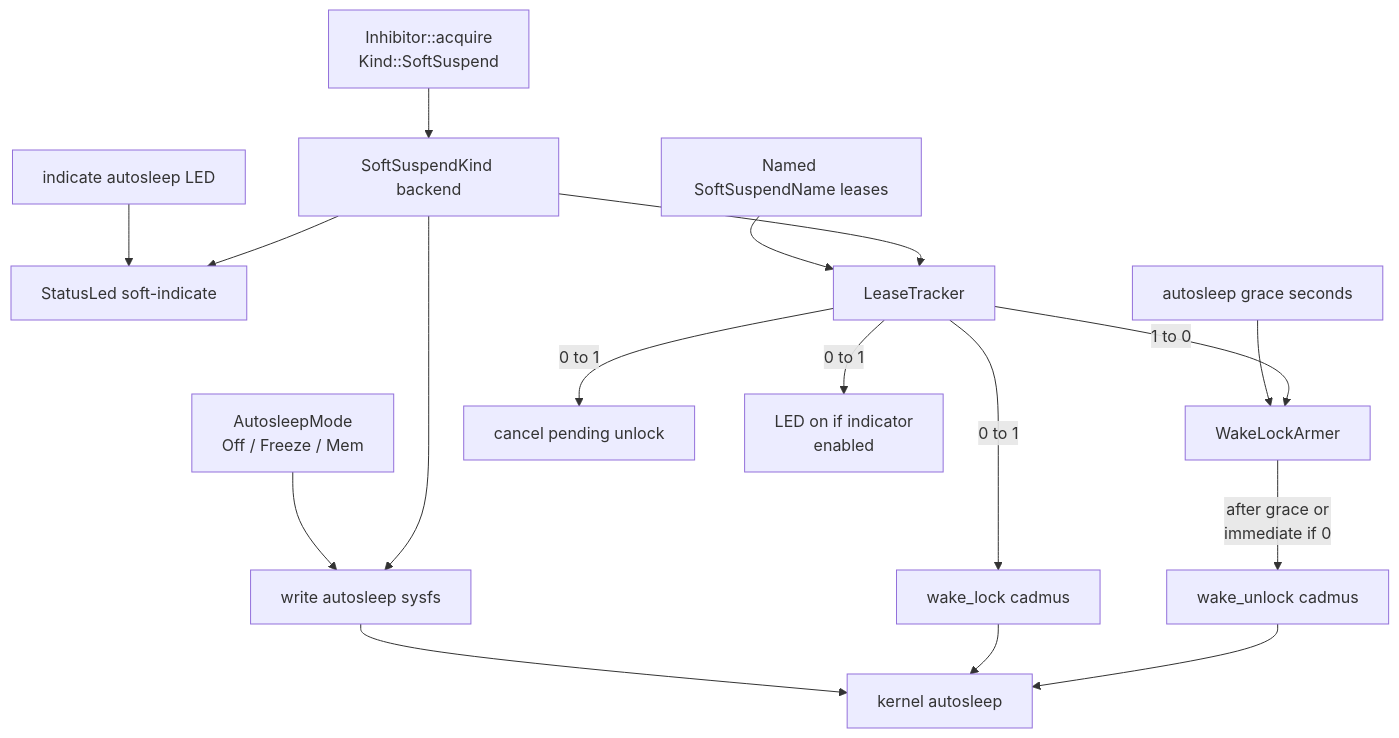
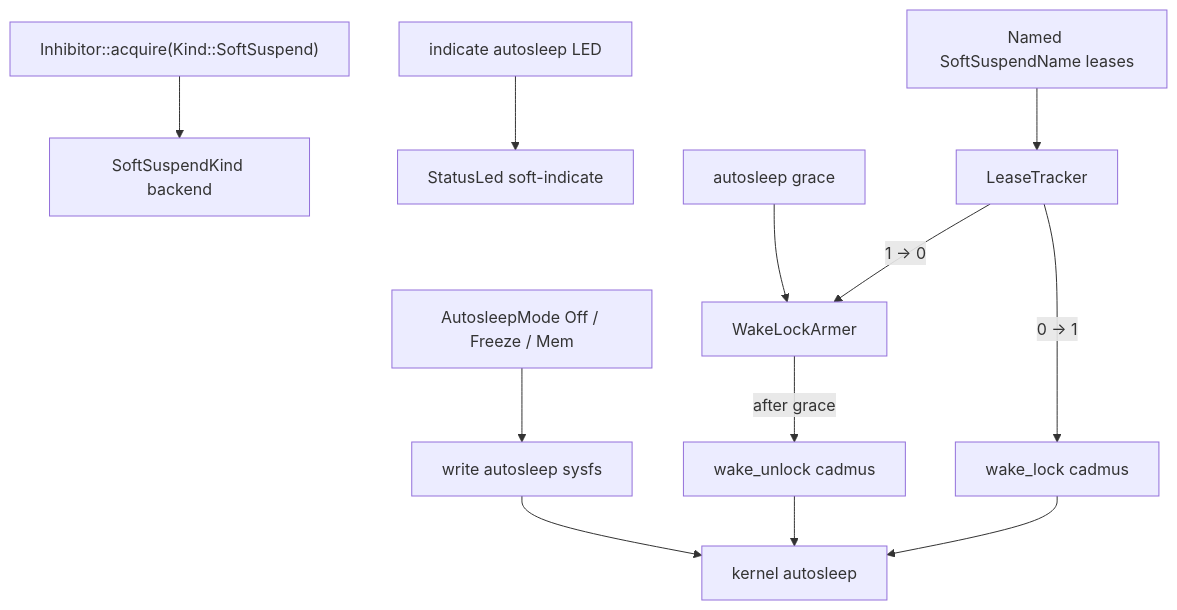
One commit to OGKevin/cadmus changed the diagram in docs/src/contributing/device/suspend/soft-suspend.md. Above: the diagram before and after it, drawn with Mermaid. The commit also changed other lines of this file and 40 other files, not shown here.

First line of the commit message:
feat(inhibitor): add Full kind implementation to block exit

````diff
--- a/docs/src/contributing/device/suspend/soft-suspend.md
+++ b/docs/src/contributing/device/suspend/soft-suspend.md
@@ -18,19 +14,14 @@
 ```mermaid
 flowchart TD
-  acquire["Inhibitor::acquire<br/>Kind::SoftSuspend"] --> kind["SoftSuspendKind backend"]
-  settings["AutosleepMode<br/>Off / Freeze / Mem"] --> apply["write autosleep sysfs"]
+  acquire["Inhibitor::acquire(Kind::SoftSuspend)"] --> kind["SoftSuspendKind backend"]
+  settings["AutosleepMode Off / Freeze / Mem"] --> apply["write autosleep sysfs"]
   ledSetting["indicate autosleep LED"] --> led["StatusLed soft-indicate"]
-  graceSetting["autosleep grace seconds"] --> armer["WakeLockArmer"]
+  graceSetting["autosleep grace"] --> armer["WakeLockArmer"]
   holders["Named SoftSuspendName leases"] --> tracker["LeaseTracker"]
-  tracker -->|"0 to 1"| lock["wake_lock cadmus"]
-  tracker -->|"0 to 1"| cancel["cancel pending unlock"]
-  tracker -->|"0 to 1"| ledOn["LED on if indicator<br/>enabled"]
-  tracker -->|"1 to 0"| armer
-  armer -->|"after grace or<br/>immediate if 0"| unlock["wake_unlock cadmus"]
+  tracker -->|"0 → 1"| lock["wake_lock cadmus"]
+  tracker -->|"1 → 0"| armer
+  armer -->|"after grace"| unlock["wake_unlock cadmus"]
   apply --> kernel["kernel autosleep"]
   lock --> kernel
   unlock --> kernel
-  kind --> tracker
-  kind --> apply
-  kind --> led
 ```
````
